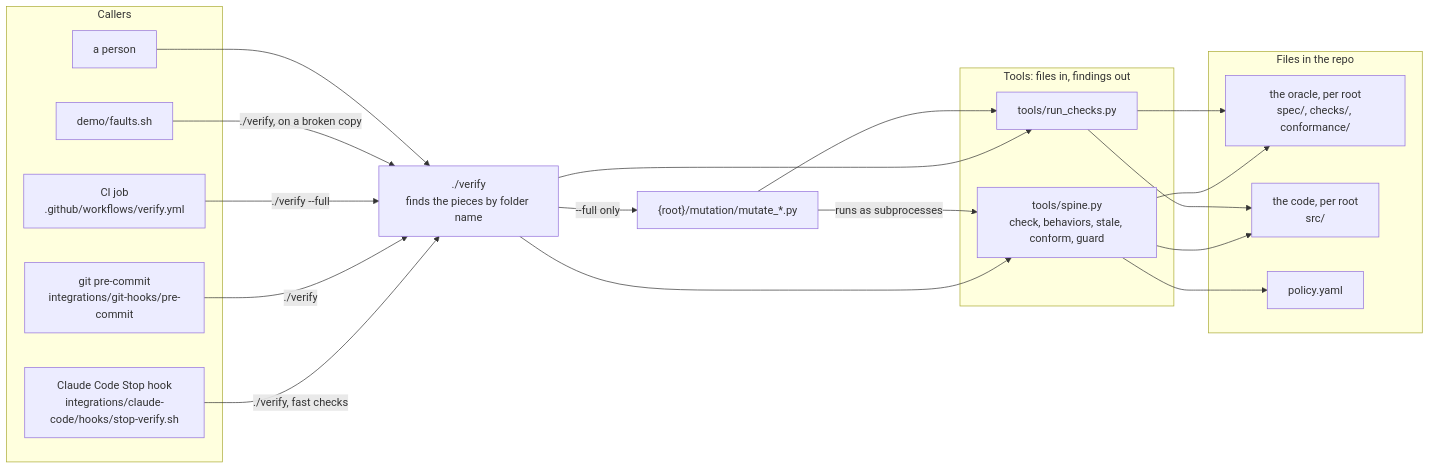
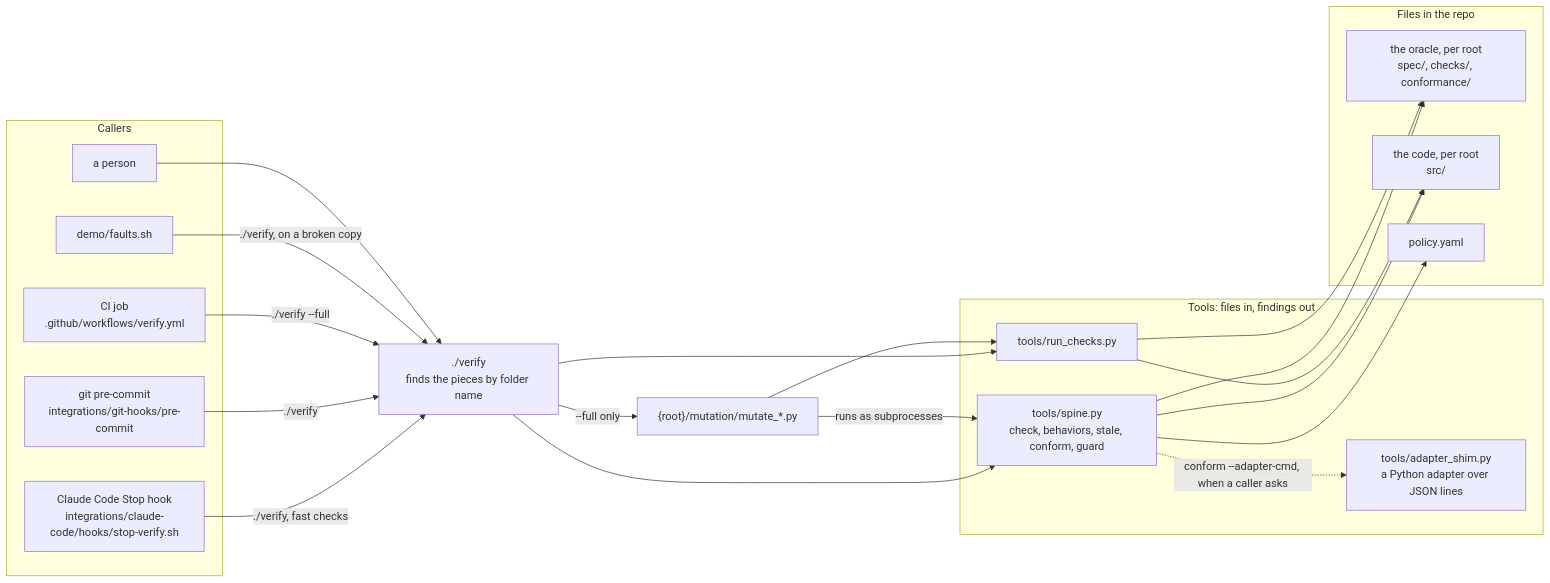
Before and after one commit to 23min/verifier-kit: the first of 6 diagrams in docs/architecture.md, drawn with Mermaid. The commit also changed 4 other files, not shown here.

First line of the commit message:
feat(conform): run an adapter as a program speaking JSON lines, so the code under test need not be Python

````diff
--- a/docs/architecture.md
+++ b/docs/architecture.md
@@ -15,36 +15,38 @@
 ```mermaid
 flowchart LR
   subgraph callers["Callers"]
     stop["Claude Code Stop hook<br/>integrations/claude-code/hooks/stop-verify.sh"]
     pre["git pre-commit<br/>integrations/git-hooks/pre-commit"]
     ci["CI job<br/>.github/workflows/verify.yml"]
     faults["demo/faults.sh"]
     person["a person"]
   end
   verify["./verify<br/>finds the pieces by folder name"]
   subgraph tools["Tools: files in, findings out"]
     spine["tools/spine.py<br/>check, behaviors, stale, conform, guard"]
     rc["tools/run_checks.py"]
+    shim["tools/adapter_shim.py<br/>a Python adapter over JSON lines"]
   end
   mut["{root}/mutation/mutate_*.py"]
   subgraph files["Files in the repo"]
     oracle["the oracle, per root<br/>spec/, checks/, conformance/"]
     code["the code, per root<br/>src/"]
     policy["policy.yaml"]
   end
   stop -->|"./verify, fast checks"| verify
   pre -->|"./verify"| verify
   ci -->|"./verify --full"| verify
   faults -->|"./verify, on a broken copy"| verify
   person --> verify
   verify --> spine
   verify --> rc
+  spine -.->|"conform --adapter-cmd, when a caller asks"| shim
   verify -->|"--full only"| mut
   mut -->|"runs as subprocesses"| spine
   mut --> rc
   spine --> oracle
   spine --> code
   spine --> policy
   rc --> oracle
   rc --> code
 ```
````
